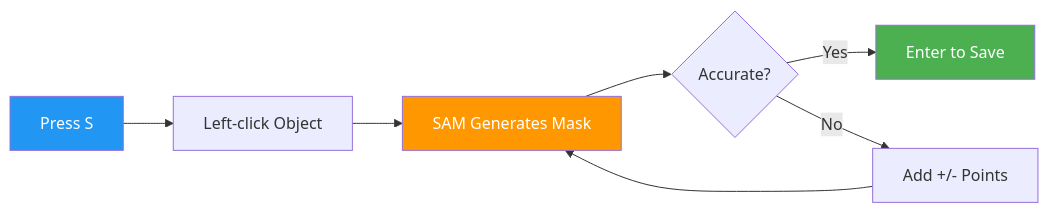
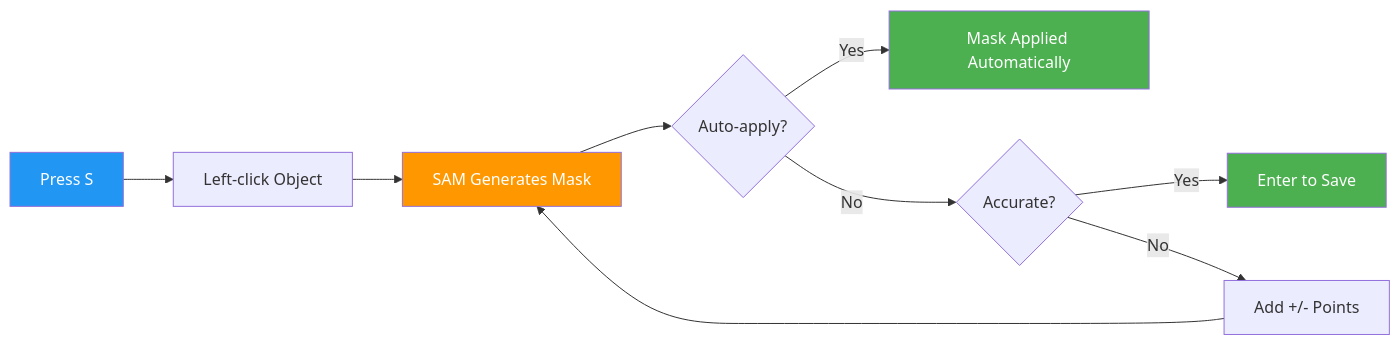
The third of 3 diagrams in docs/en/platform/data/annotation.md (medusa717/AI-ULTRALYTICS), drawn with Mermaid before and after one commit. The commit also changed other lines of this file and 12 other files, not shown here.

````diff
--- a/docs/en/platform/data/annotation.md
+++ b/docs/en/platform/data/annotation.md
@@ -239,13 +245,16 @@
 ```mermaid
 graph LR
     A[Press S] --> B[Left-click Object]
     B --> C[SAM Generates Mask]
-    C --> D{Accurate?}
-    D -->|Yes| E[Enter to Save]
-    D -->|No| F[Add +/- Points]
-    F --> C
+    C --> D{Auto-apply?}
+    D -->|Yes| E[Mask Applied Automatically]
+    D -->|No| F{Accurate?}
+    F -->|Yes| G[Enter to Save]
+    F -->|No| H[Add +/- Points]
+    H --> C
 
     style A fill:#2196F3,color:#fff
     style C fill:#FF9800,color:#fff
     style E fill:#4CAF50,color:#fff
+    style G fill:#4CAF50,color:#fff
 ```
````
